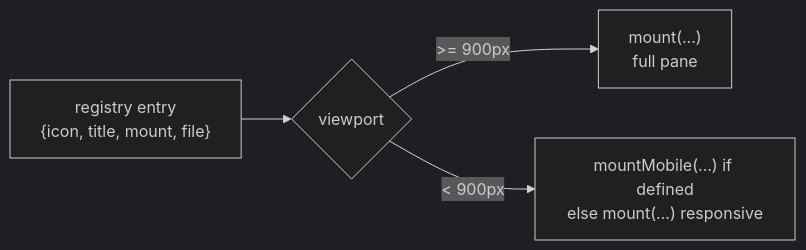
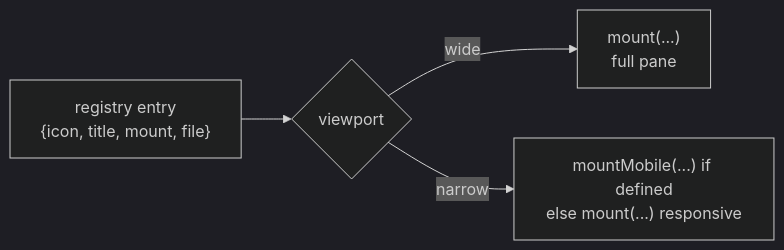
One commit to KGSHOPINV/claude-server changed the third of 4 diagrams in docs/flareshub-frontend-dag.md. Above: the diagram before and after it, drawn with Mermaid (dark theme). The commit also changed other lines of this file and 26 other files, not shown here.

````diff
--- a/docs/flareshub-frontend-dag.md
+++ b/docs/flareshub-frontend-dag.md
@@ -80,6 +109,6 @@
 ```mermaid
 flowchart LR
     REG["registry entry<br/>{icon, title, mount, file}"] --> Q{viewport}
-    Q -->|">= 900px"| DV["mount(...)<br/>full pane"]
-    Q -->|"< 900px"| MV["mountMobile(...) if defined<br/>else mount(...) responsive"]
+    Q -->|"wide"| DV["mount(...)<br/>full pane"]
+    Q -->|"narrow"| MV["mountMobile(...) if defined<br/>else mount(...) responsive"]
 ```
````
